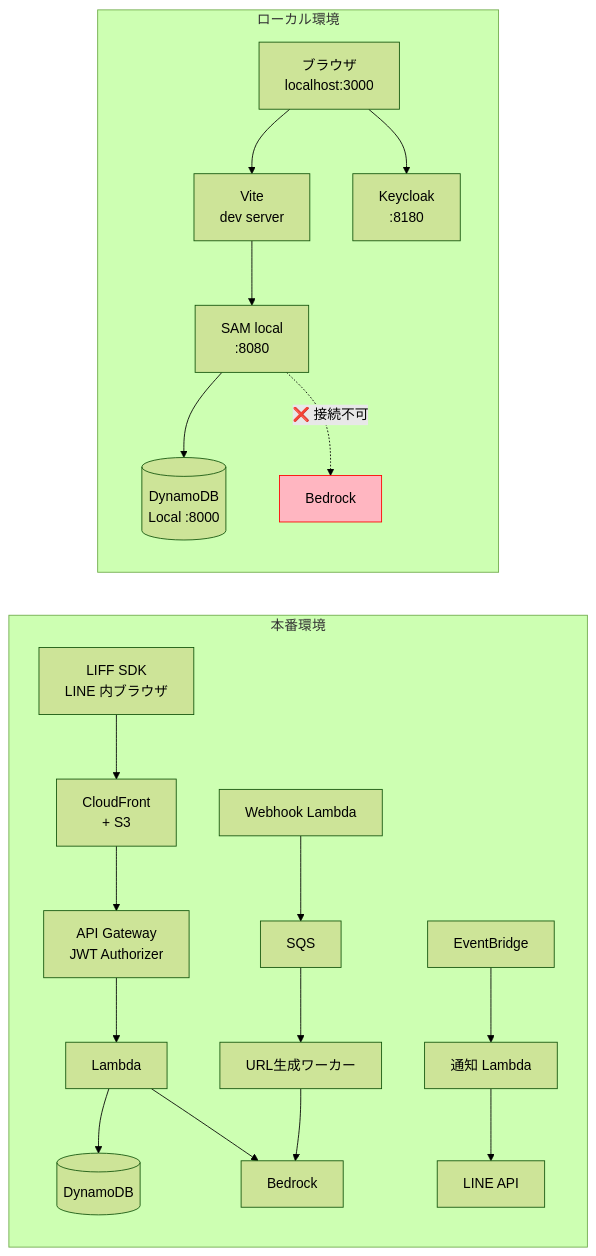
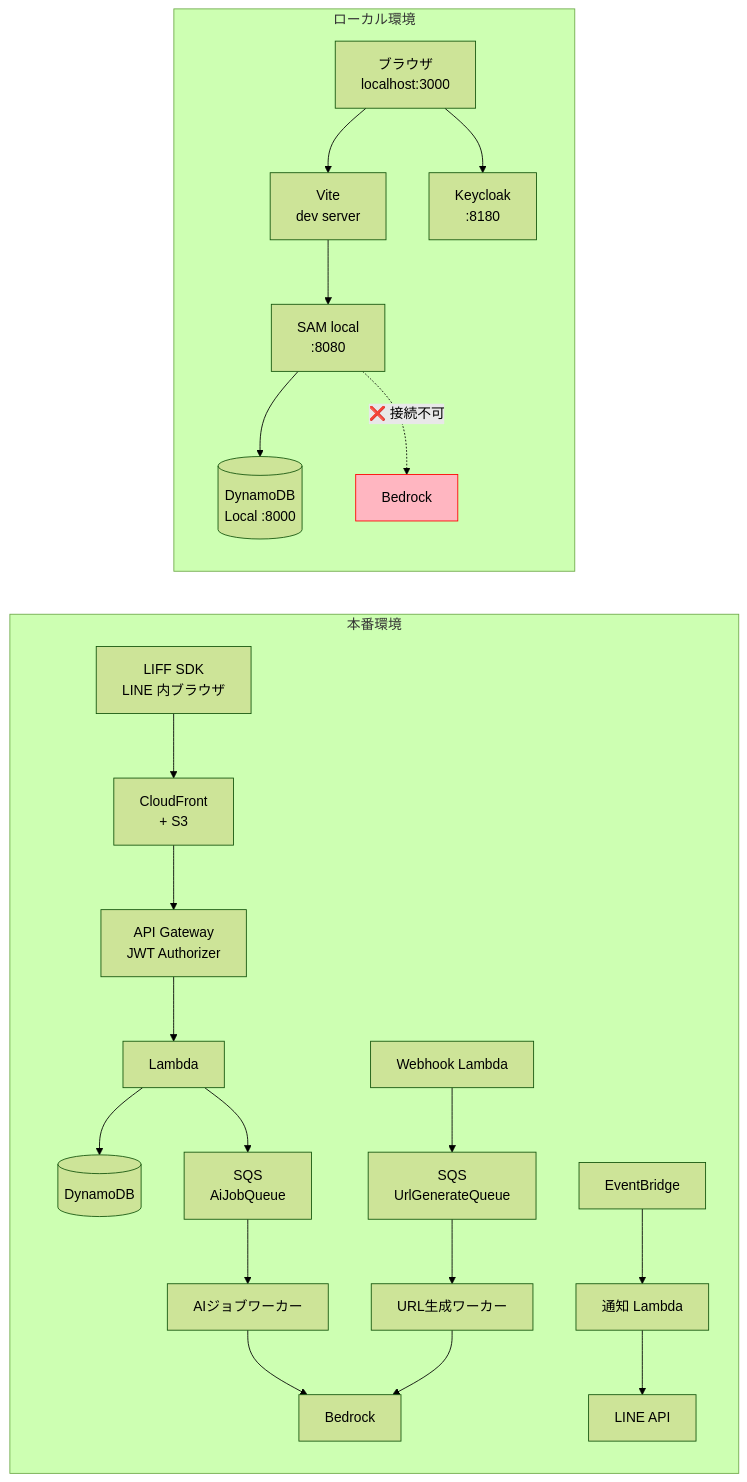
Diagram 11 of 11 in docs/system-overview.md (mozuq-lab/memoru-liff), drawn with Mermaid (forest theme) before and after one commit. The commit also changed other lines of this file and 6 other files, not shown here.

````diff
--- a/docs/system-overview.md
+++ b/docs/system-overview.md
@@ -661,25 +700,27 @@
 ```mermaid
 flowchart LR
     subgraph 本番環境
         LIFF_P[LIFF SDK<br/>LINE 内ブラウザ] --> CF[CloudFront<br/>+ S3]
         CF --> APIGW[API Gateway<br/>JWT Authorizer]
         APIGW --> Lambda[Lambda]
         Lambda --> DDB_P[(DynamoDB)]
-        Lambda --> Bedrock_P[Bedrock]
-        WH_P[Webhook Lambda] --> SQS_P[SQS]
+        Lambda --> AISQS_P[SQS<br/>AiJobQueue]
+        AISQS_P --> AIWorker_P[AIジョブワーカー]
+        AIWorker_P --> Bedrock_P[Bedrock]
+        WH_P[Webhook Lambda] --> SQS_P[SQS<br/>UrlGenerateQueue]
         SQS_P --> Worker_P[URL生成ワーカー]
         Worker_P --> Bedrock_P
         EB_P[EventBridge] --> Lambda_N[通知 Lambda]
         Lambda_N --> LINE_P[LINE API]
     end
 
     subgraph ローカル環境
         Browser_L[ブラウザ<br/>localhost:3000] --> Vite_L[Vite<br/>dev server]
         Vite_L --> SAM[SAM local<br/>:8080]
         SAM --> DDB_L[(DynamoDB<br/>Local :8000)]
         SAM -.->|❌ 接続不可| Bedrock_L[Bedrock]
         Browser_L --> KC[Keycloak<br/>:8180]
     end
 
     style Bedrock_L fill:#FFB6C1,stroke:#FF0000
 ```
````
